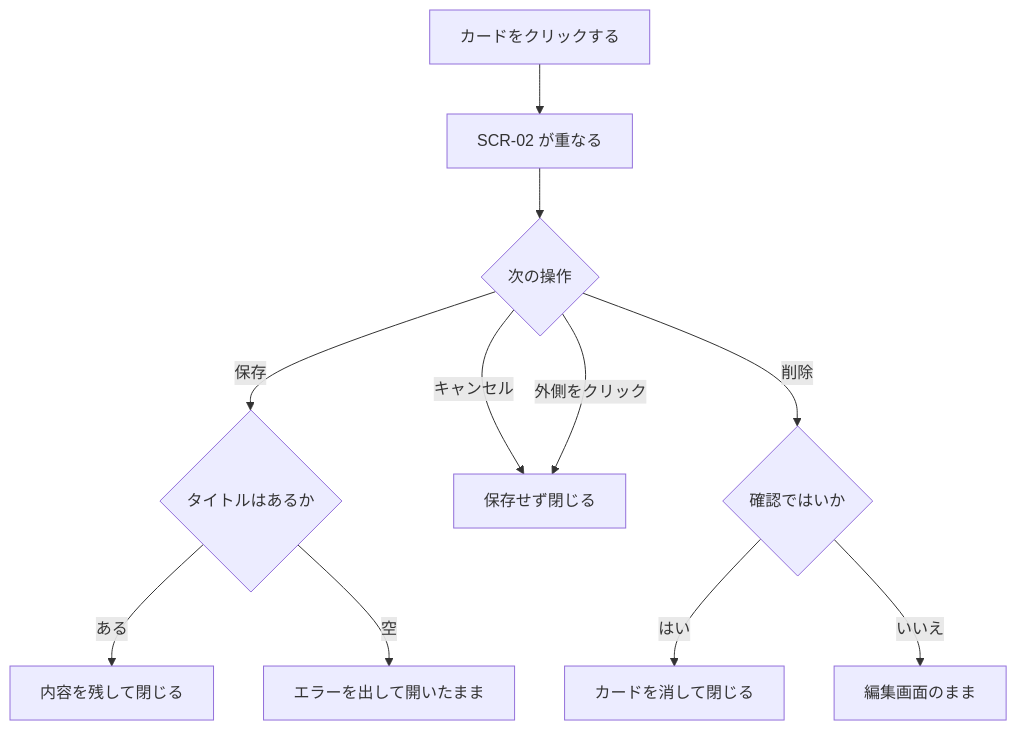
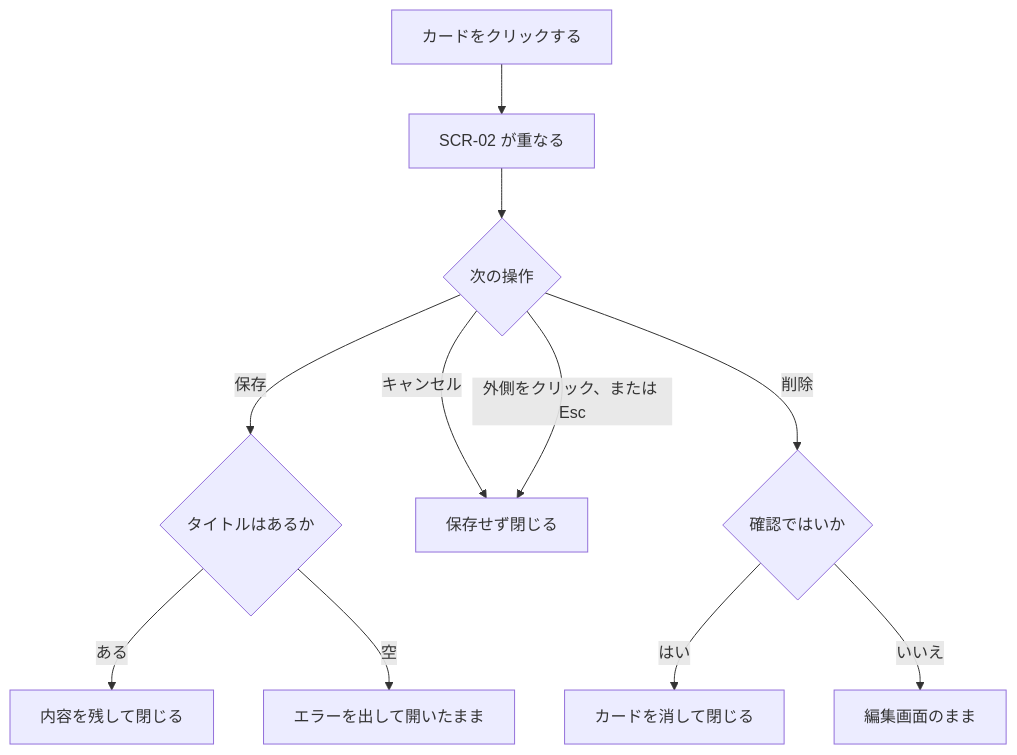
One commit to pfgnsb/kadai-kanri-board changed the fourth of 6 diagrams in ドキュメント/機能要件定義書.md. Above: the diagram before and after it, drawn with Mermaid. The commit also changed other lines of this file and 4 other files, not shown here.

````diff
--- a/ドキュメント/機能要件定義書.md
+++ b/ドキュメント/機能要件定義書.md
@@ -193,13 +195,13 @@
 ```mermaid
 flowchart TD
   a[カードをクリックする] --> b[SCR-02 が重なる]
   b --> c{次の操作}
   c -->|保存| s1{タイトルはあるか}
   s1 -->|ある| s2[内容を残して閉じる]
   s1 -->|空| s3[エラーを出して開いたまま]
   c -->|キャンセル| x1[保存せず閉じる]
-  c -->|外側をクリック| x1
+  c -->|外側をクリック、または Esc| x1
   c -->|削除| d1{確認ではいか}
   d1 -->|はい| d2[カードを消して閉じる]
   d1 -->|いいえ| d3[編集画面のまま]
 ```
````
